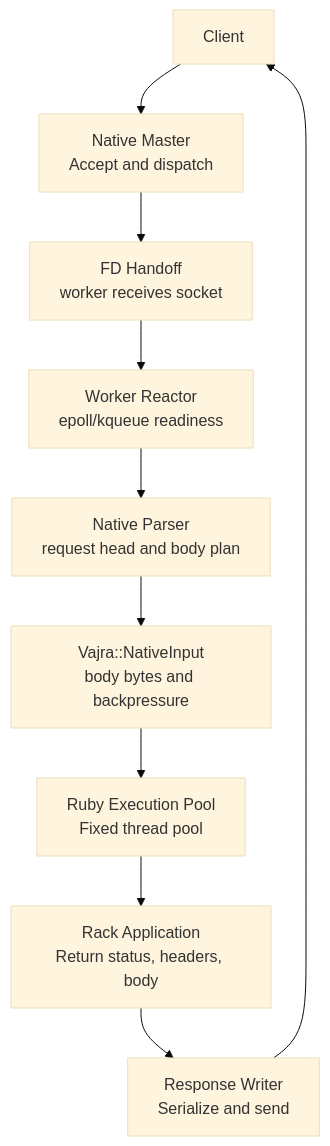
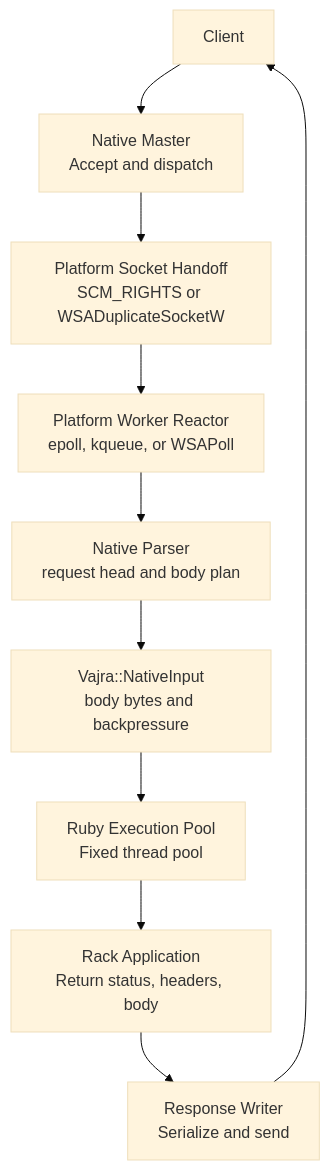
The diagram in docs/pages/04-architecture/01-request-path.md (Code-Vedas/vajra), drawn with Mermaid (base theme) before and after one commit. The commit also changed other lines of this file and 129 other files, not shown here.

````diff
--- a/docs/pages/04-architecture/01-request-path.md
+++ b/docs/pages/04-architecture/01-request-path.md
@@ -12,22 +12,22 @@
 ```mermaid
 flowchart TD
   client["Client"]
   master["Native Master<br/>Accept and dispatch"]
-  handoff["FD Handoff<br/>worker receives socket"]
-  worker_reactor["Worker Reactor<br/>epoll/kqueue readiness"]
+  handoff["Platform Socket Handoff<br/>SCM_RIGHTS or WSADuplicateSocketW"]
+  worker_reactor["Platform Worker Reactor<br/>epoll, kqueue, or WSAPoll"]
   parser["Native Parser<br/>request head and body plan"]
   input["Vajra::NativeInput<br/>body bytes and backpressure"]
   execution_pool["Ruby Execution Pool<br/>Fixed thread pool"]
   ruby_app["Rack Application<br/>Return status, headers, body"]
   writer["Response Writer<br/>Serialize and send"]
 
   client --> master
   master --> handoff
   handoff --> worker_reactor
   worker_reactor --> parser
   parser --> input
   input --> execution_pool
   execution_pool --> ruby_app
   ruby_app --> writer
   writer --> client
 ```
````
